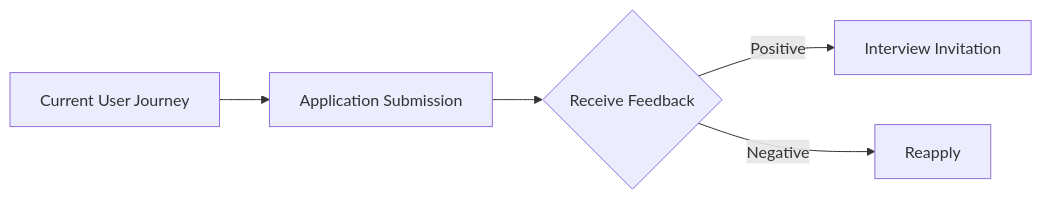
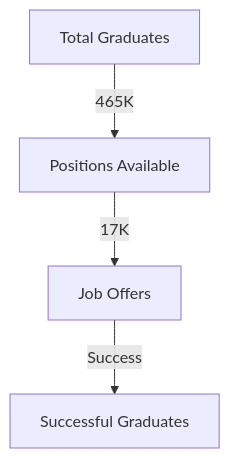
The first of 10 diagrams in README.md (andiekobbietks/ats-cv-testing-research), drawn with Mermaid before and after one commit. The commit also changed other lines of this file, not shown here.

````diff
--- a/README.md
+++ b/README.md
@@ -19,7 +16,6 @@
-  ```mermaid
-  graph LR
-    A[Current User Journey] --> B[Application Submission]
-    B --> C{Receive Feedback}
-    C -->|Positive| D[Interview Invitation]
-    C -->|Negative| E[Reapply]
-  ```
+```mermaid
+graph TD;
+    A[Total Graduates] -->|465K| B[Positions Available];
+    B -->|17K| C[Job Offers];
+    C -->|Success| D[Successful Graduates];
+```
````
